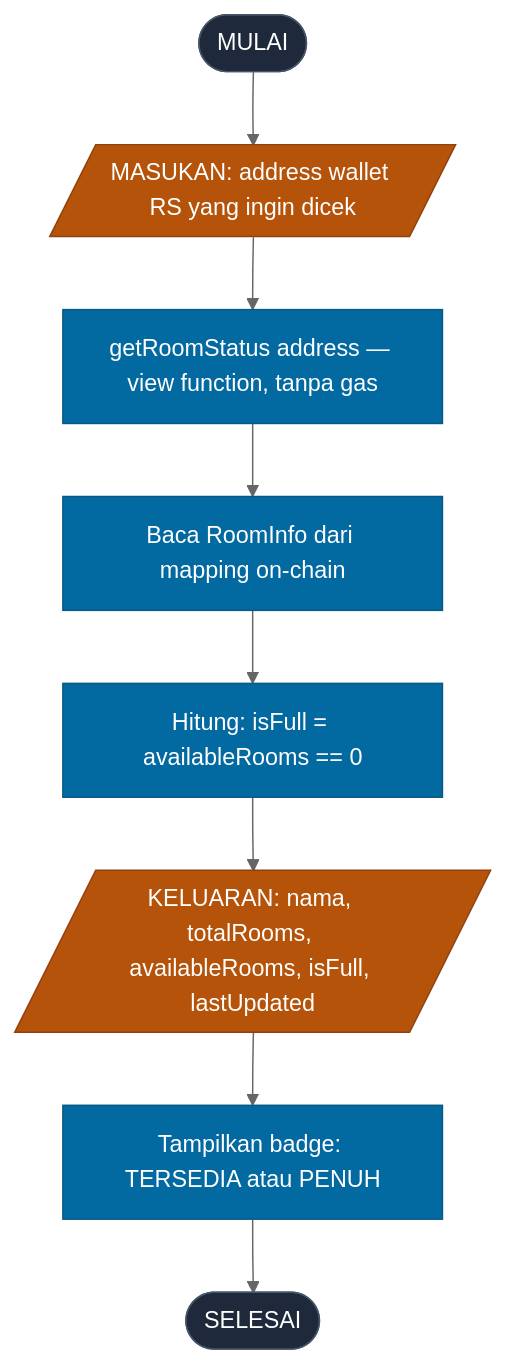
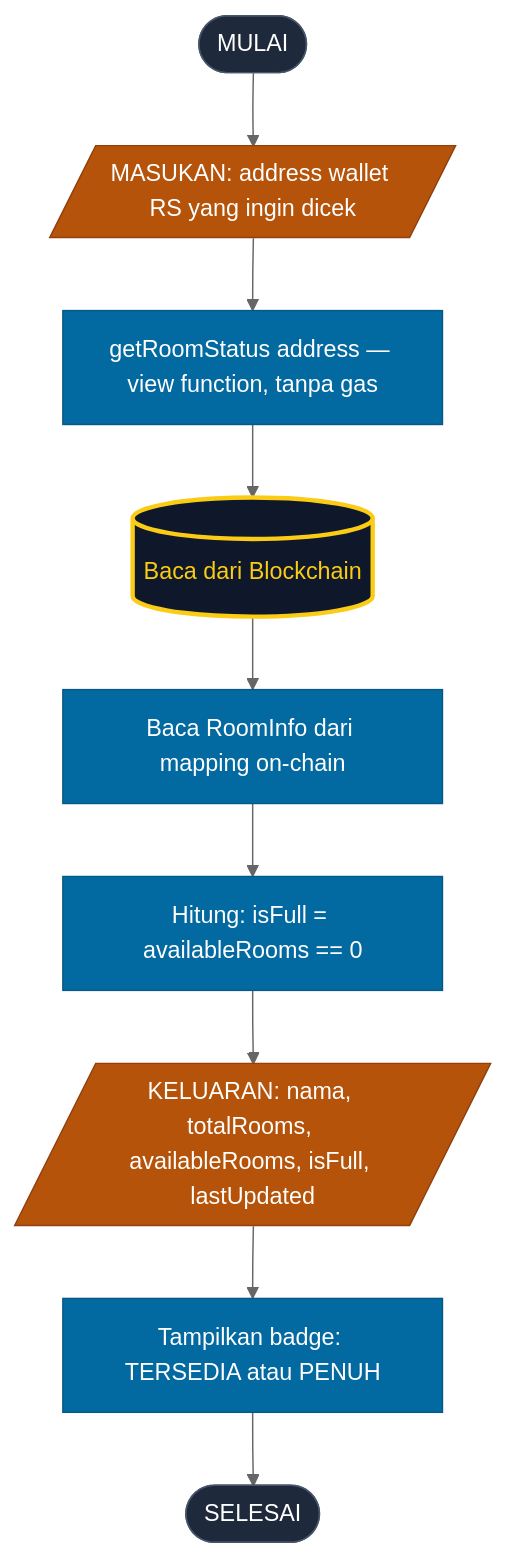
The fifth of 7 diagrams in readme/capstone_blockchain.md (abuab234/Status-Ketersediaan-Kamar-RS), drawn with Mermaid (neutral theme) before and after one commit. The commit also changed other lines of this file, not shown here.

Commit message:
Fix: Memperbaiki sintaks diagram Mermaid pada dokumentasi

````diff
--- a/readme/capstone_blockchain.md
+++ b/readme/capstone_blockchain.md
@@ -250,19 +256,21 @@
 ```mermaid
 flowchart TD
     C1([MULAI]) --> C2[/"MASUKAN: address wallet RS yang ingin dicek"/]
     C2 --> C3["getRoomStatus address — view function, tanpa gas"]
-    C3 --> C4["Baca RoomInfo dari mapping on-chain"]
+    C3 --> CDB[("Baca dari Blockchain")]
+    CDB --> C4["Baca RoomInfo dari mapping on-chain"]
     C4 --> C5["Hitung: isFull = availableRooms == 0"]
     C5 --> C6[/"KELUARAN: nama, totalRooms, availableRooms, isFull, lastUpdated"/]
     C6 --> C7["Tampilkan badge: TERSEDIA atau PENUH"]
     C7 --> C8([SELESAI])
 
     style C1 fill:#1e293b,color:#fff,stroke:#475569
     style C8 fill:#1e293b,color:#fff,stroke:#475569
     style C3 fill:#0369a1,color:#fff,stroke:#075985
     style C4 fill:#0369a1,color:#fff,stroke:#075985
     style C5 fill:#0369a1,color:#fff,stroke:#075985
     style C7 fill:#0369a1,color:#fff,stroke:#075985
     style C2 fill:#b45309,color:#fff,stroke:#92400e
     style C6 fill:#b45309,color:#fff,stroke:#92400e
+    style CDB fill:#0f172a,color:#facc15,stroke:#facc15,stroke-width:3px
 ```
````
